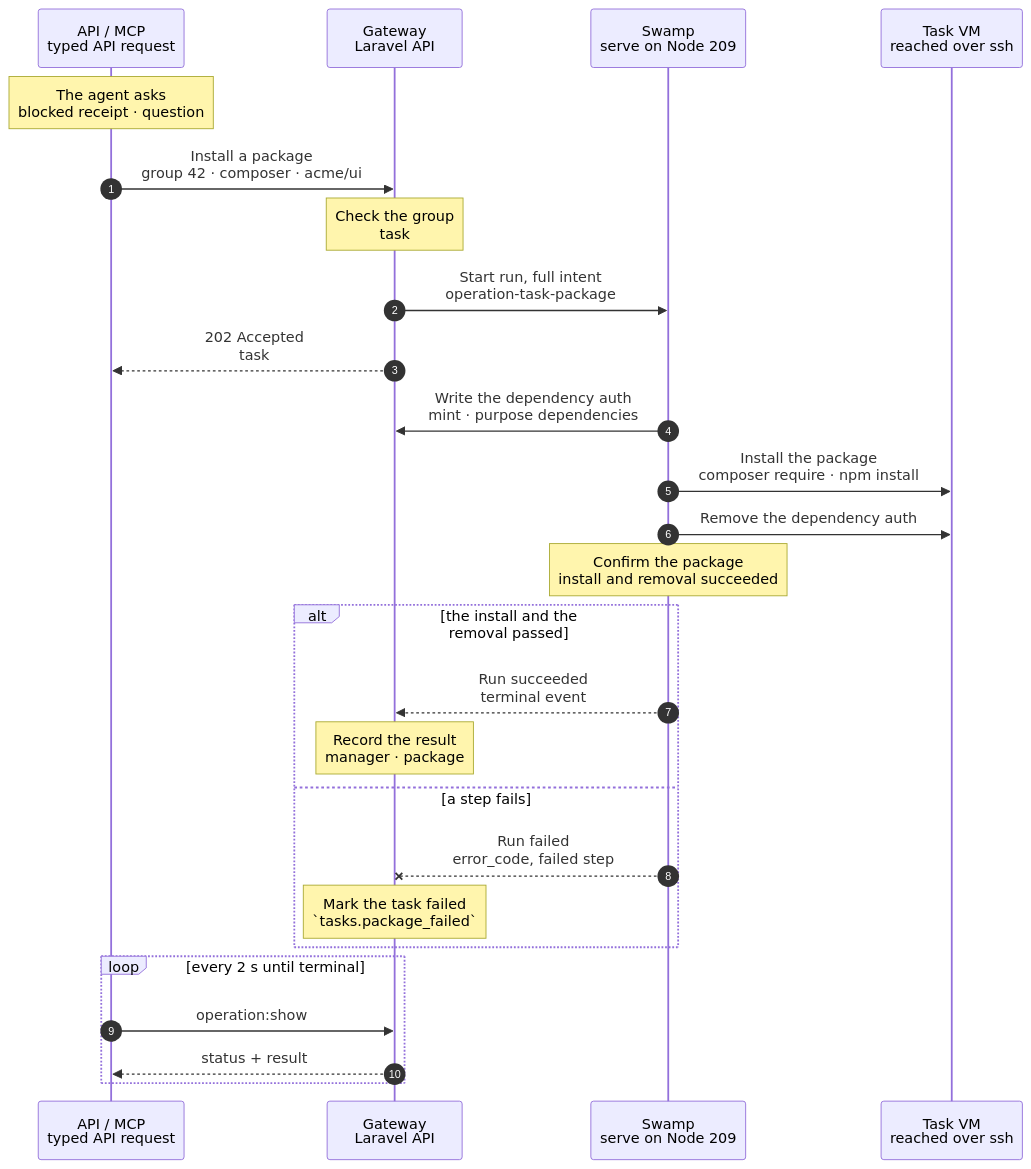
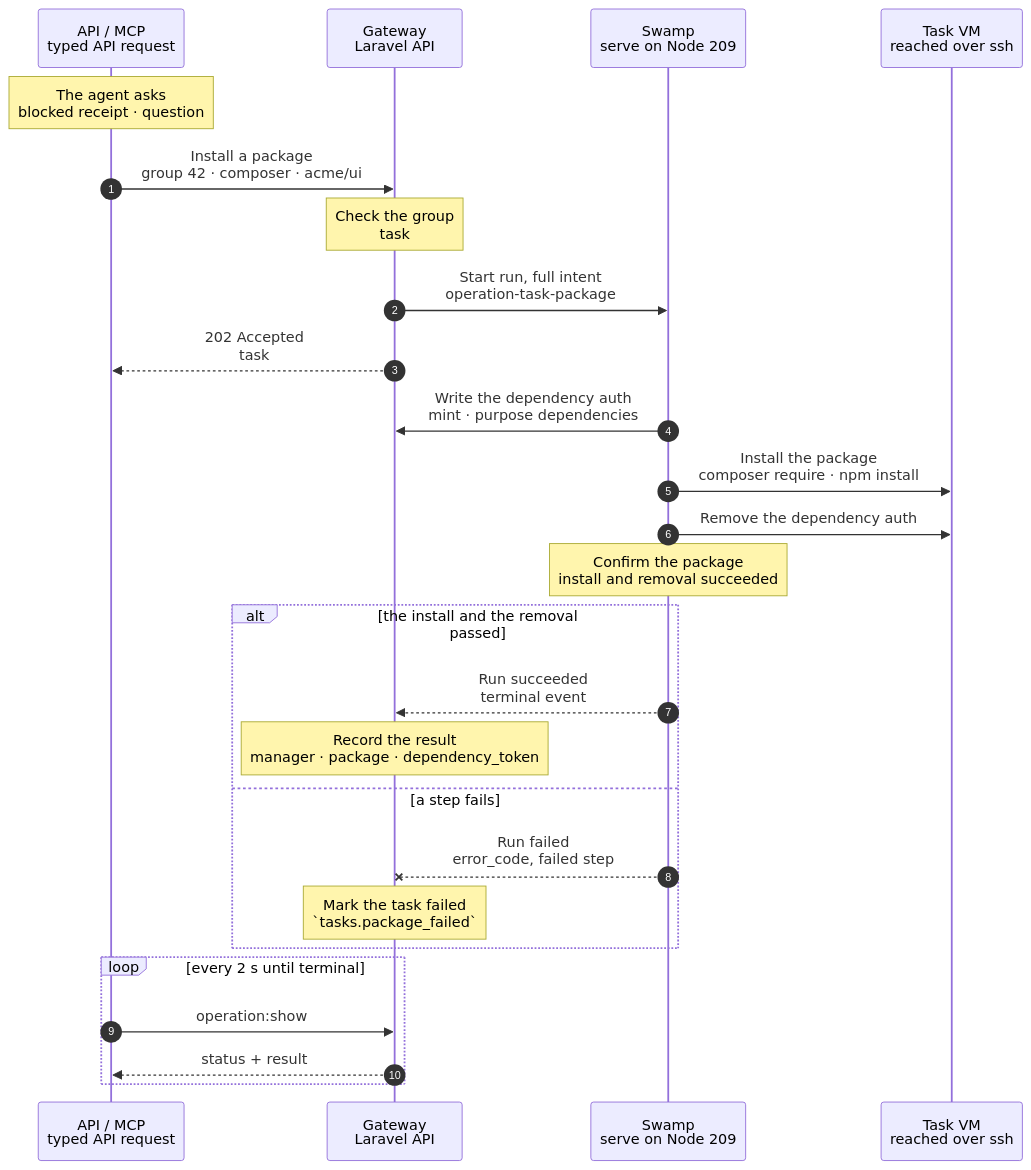
One commit to hardimpactdev/orbit changed the diagram in docs/cli/tasks/package.mmd. Above: the diagram before and after it, drawn with Mermaid. The commit also changed 3 other files, not shown here.

```diff
--- a/docs/cli/tasks/package.mmd
+++ b/docs/cli/tasks/package.mmd
@@ -1,67 +1,67 @@
 sequenceDiagram
   %% Target design: Nick 2026-11-06, "a new private package mid-task: the agent asks for it through assistance, and a step installs it". docs/reference/tasks.md#install-a-private-package.
   %% status: migrated
   %% command: none · API / MCP (tasks-package)
   %% kind: tasks.package
   autonumber
   %% lane CLI icon=terminal pill=caller tone=gray
   %% lane GW icon=gateway pill=intent tone=blue
   %% lane SW icon=workflow pill=executes tone=green
   %% lane VM icon=terminal pill=target tone=amber
   participant CLI as API / MCP<br/>typed API request
   participant GW as Gateway<br/>Laravel API
   participant SW as Swamp<br/>serve on Node 209
   participant VM as Task VM<br/>reached over ssh
   Note over CLI: The agent asks<br/>blocked receipt · question
   %%> What it does:
   %%> - the agent of group 42 cannot resolve a private package; it ends its turn `blocked` with the package name as its question
   %%> - the Gateway shows the question as assistance on the subtask; nothing else happens
   %%> Who answers:
   %%> - the orchestrator, which decides that the package may be installed, then sends the request below
   CLI->>GW: Install a package<br/>group 42 · composer · acme/ui
   %%> Command:
   %%> - `POST /api/v1/task-groups/42/package` with `manager` (`composer` or `npm`), `package` and an `Idempotency-Key`
   %%> - syntax: the MCP tool `tasks-package` with `group`, `manager`, `package`
   Note over GW: Check the group<br/>task #5170 · key names
   %%> Requirements:
   %%> - your Node has an access grant to the Gateway
   %%> - group 42 is an open external group with its own task VM workspace
   %%> - the package is a name and an optional version constraint, never an option
   %%> - no other task runs on group 42; the Gateway holds one lock per group
   %%> What it does:
   %%> - records the manager, the package, the SSH target and the vault key names of the dependency configuration; it mints no token
   GW->>SW: Start run, full intent<br/>operation-task-package
   GW-->>CLI: 202 Accepted<br/>task #5170
   %%> Next:
   %%> - the caller follows the task with `operation:show`
   SW->>GW: Write the dependency auth<br/>mint · purpose dependencies
   %%> What it does:
   %%> - the shared child workflow asks the Gateway for a read token (`operation:direct:github-token`), then writes the Composer `auth.json` and the `.npmrc` of the task account on the VM, mode 0600
   %%> - the token is minted for this run only and expires within the hour
   SW->>VM: Install the package<br/>composer require · npm install
   %%> What it does:
   %%> - one official `@swamp/ssh exec` argument list in the checkout: `composer require --no-scripts` or `npm install --ignore-scripts`, with the package after `--`
   %%> - the package manager updates `composer.json` and its lock file, or `package.json` and its lock file, in the workspace; nothing is committed
   SW->>VM: Remove the dependency auth
   %%> When:
   %%> - always, after the install, on success and on failure; a failed removal fails the run
   %%> What it does:
   %%> - the shared child workflow deletes both files, then revokes the token (`DELETE installation/token`) so a command that echoed it holds a dead token
   %%> - it reports the outcome as `dependency_token` in the result: `revoked`, `none` (GitHub answered 401) or `unrevoked` with the reason
   %%> - Decided by the orchestrator, for Nick's review: an `unrevoked` token does not fail the run; the files are gone and the token expires within the hour
   Note over SW: Confirm the package<br/>install and removal succeeded
   alt the install and the removal passed
     SW-->>GW: Run succeeded<br/>terminal event
-    Note over GW: Record the result<br/>manager · package
+    Note over GW: Record the result<br/>manager · package · dependency_token
     %%> Result:
     %%> - task #5170 succeeds with `manager`, `package` and `dependency_token`; the orchestrator resolves the assistance, and the agent gets a new turn with the package installed
   else a step fails
     SW--xGW: Run failed<br/>error_code, failed step
     Note over GW: Mark the task failed<br/>`tasks.package_failed`
     %%> Retry:
     %%> - a repeat with the same package writes the configuration again; a run cancelled before the removal leaves the files until the token expires or `tasks:cancel` removes the VM
   end
   loop every 2 s until terminal
     CLI->>GW: operation:show #5170
     GW-->>CLI: status + result
   end
```
